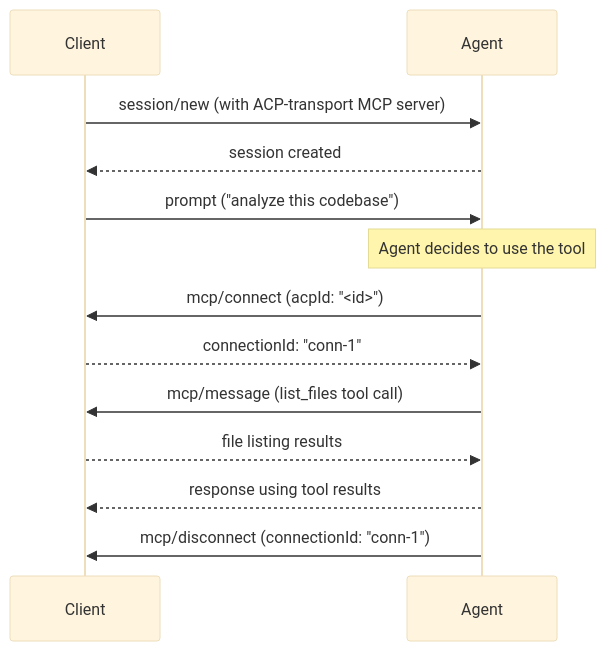
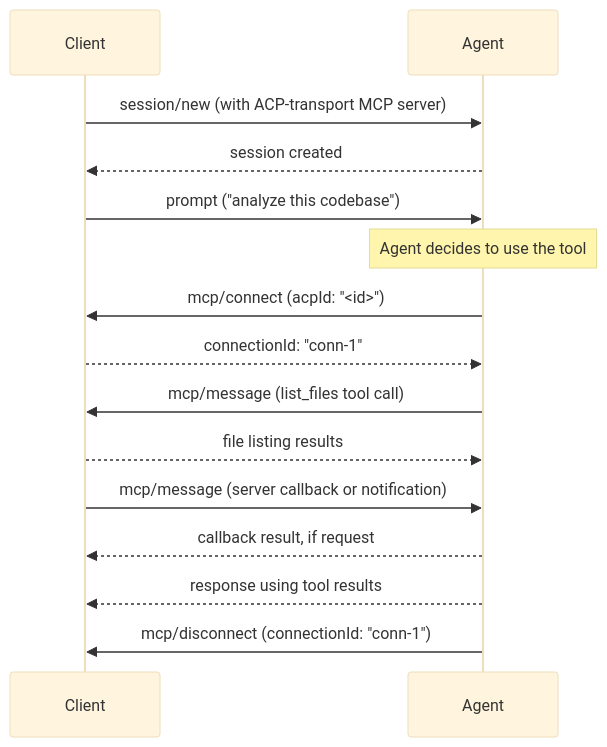
The first of 2 diagrams in docs/rfds/mcp-over-acp.mdx (agentclientprotocol/agent-client-protocol), drawn with Mermaid (base theme) before and after one commit. The commit also changed other lines of this file and 16 other files, not shown here.

Commit message:
feat(unstable): Add experimental MCP-over-ACP message types

````diff
--- a/docs/rfds/mcp-over-acp.mdx
+++ b/docs/rfds/mcp-over-acp.mdx
@@ -64,21 +67,24 @@
 ```mermaid
 sequenceDiagram
     participant Client
     participant Agent
 
     Client->>Agent: session/new (with ACP-transport MCP server)
     Agent-->>Client: session created
 
     Client->>Agent: prompt ("analyze this codebase")
 
     Note over Agent: Agent decides to use the tool
     Agent->>Client: mcp/connect (acpId: "<id>")
     Client-->>Agent: connectionId: "conn-1"
 
     Agent->>Client: mcp/message (list_files tool call)
     Client-->>Agent: file listing results
 
+    Client->>Agent: mcp/message (server callback or notification)
+    Agent-->>Client: callback result, if request
+
     Agent-->>Client: response using tool results
 
     Agent->>Client: mcp/disconnect (connectionId: "conn-1")
 ```
````
